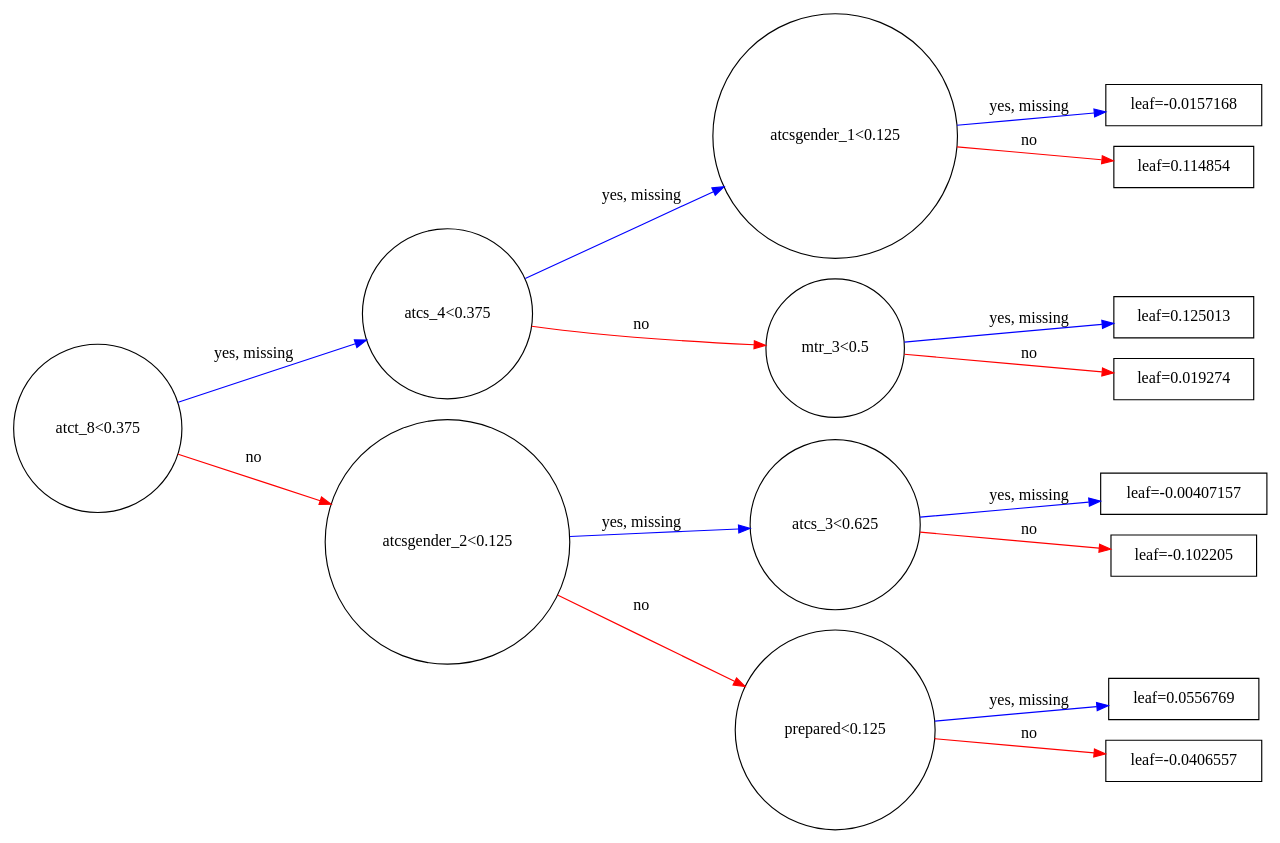
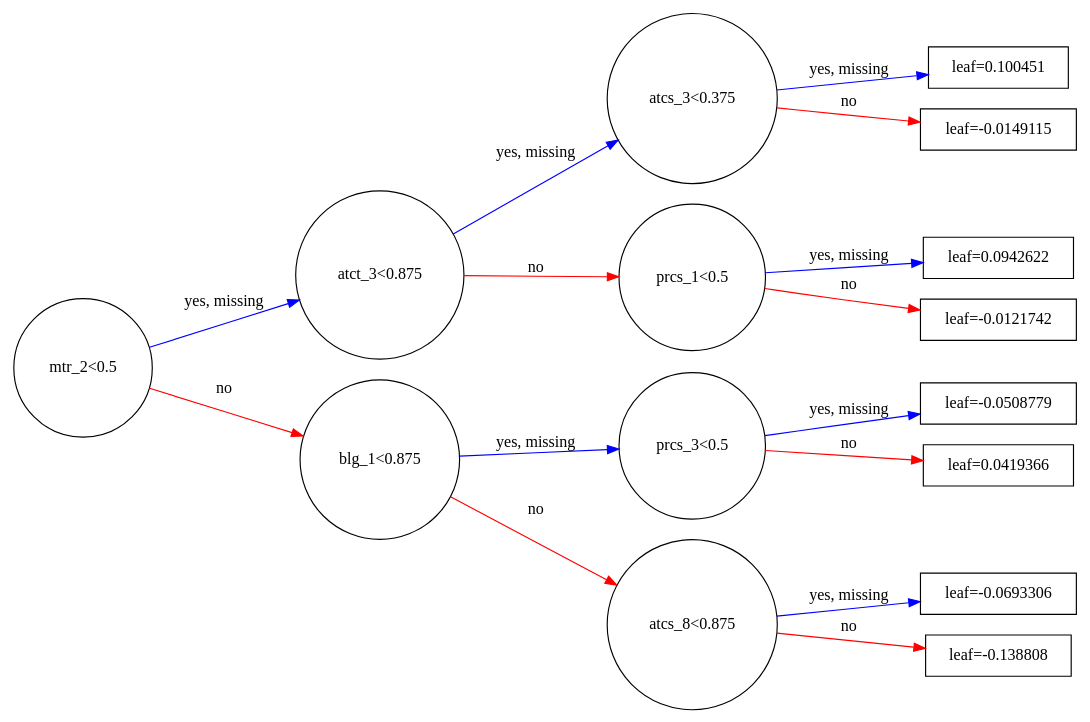
Before and after one commit to omoju/IntroCSExperiencePrediction: the diagram in report/figures/X_graph.gv, drawn with Graphviz. The commit also changed 6 other files, not shown here.

```diff
--- a/report/figures/X_graph.gv
+++ b/report/figures/X_graph.gv
@@ -1,32 +1,32 @@
 digraph {
 	graph [rankdir=LR]
-		0 [label="atct_8<0.375" shape=circle]
+		0 [label="mtr_2<0.5" shape=circle]
 			0 -> 1 [label="yes, missing" color="#0000FF"]
 			0 -> 2 [label=no color="#FF0000"]
-		1 [label="atcs_4<0.375" shape=circle]
+		1 [label="atct_3<0.875" shape=circle]
 			1 -> 3 [label="yes, missing" color="#0000FF"]
 			1 -> 4 [label=no color="#FF0000"]
-		3 [label="atcsgender_1<0.125" shape=circle]
+		3 [label="atcs_3<0.375" shape=circle]
 			3 -> 7 [label="yes, missing" color="#0000FF"]
 			3 -> 8 [label=no color="#FF0000"]
-		7 [label="leaf=-0.0157168" shape=box]
-		8 [label="leaf=0.114854" shape=box]
-		4 [label="mtr_3<0.5" shape=circle]
+		7 [label="leaf=0.100451" shape=box]
+		8 [label="leaf=-0.0149115" shape=box]
+		4 [label="prcs_1<0.5" shape=circle]
 			4 -> 9 [label="yes, missing" color="#0000FF"]
 			4 -> 10 [label=no color="#FF0000"]
-		9 [label="leaf=0.125013" shape=box]
-		10 [label="leaf=0.019274" shape=box]
-		2 [label="atcsgender_2<0.125" shape=circle]
+		9 [label="leaf=0.0942622" shape=box]
+		10 [label="leaf=-0.0121742" shape=box]
+		2 [label="blg_1<0.875" shape=circle]
 			2 -> 5 [label="yes, missing" color="#0000FF"]
 			2 -> 6 [label=no color="#FF0000"]
-		5 [label="atcs_3<0.625" shape=circle]
+		5 [label="prcs_3<0.5" shape=circle]
 			5 -> 11 [label="yes, missing" color="#0000FF"]
 			5 -> 12 [label=no color="#FF0000"]
-		11 [label="leaf=-0.00407157" shape=box]
-		12 [label="leaf=-0.102205" shape=box]
-		6 [label="prepared<0.125" shape=circle]
+		11 [label="leaf=-0.0508779" shape=box]
+		12 [label="leaf=0.0419366" shape=box]
+		6 [label="atcs_8<0.875" shape=circle]
 			6 -> 13 [label="yes, missing" color="#0000FF"]
 			6 -> 14 [label=no color="#FF0000"]
-		13 [label="leaf=0.0556769" shape=box]
-		14 [label="leaf=-0.0406557" shape=box]
+		13 [label="leaf=-0.0693306" shape=box]
+		14 [label="leaf=-0.138808" shape=box]
 }
```
